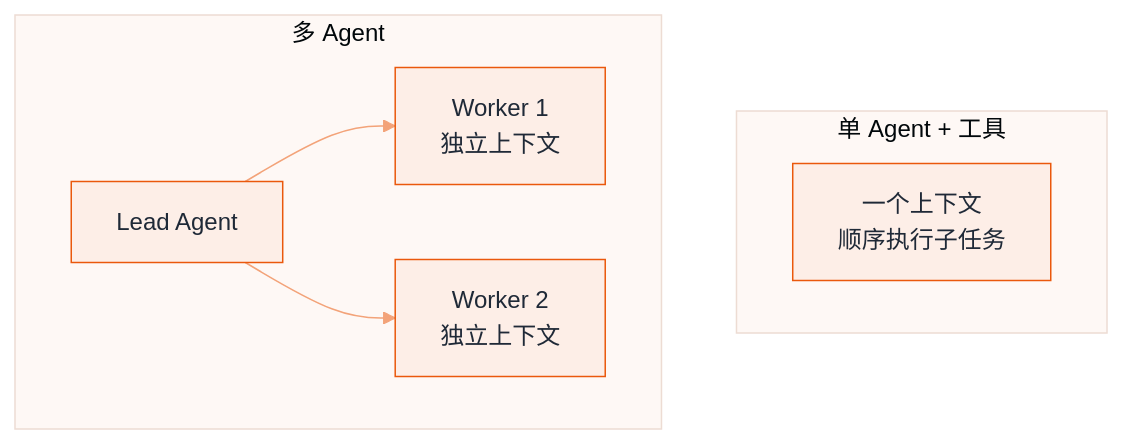
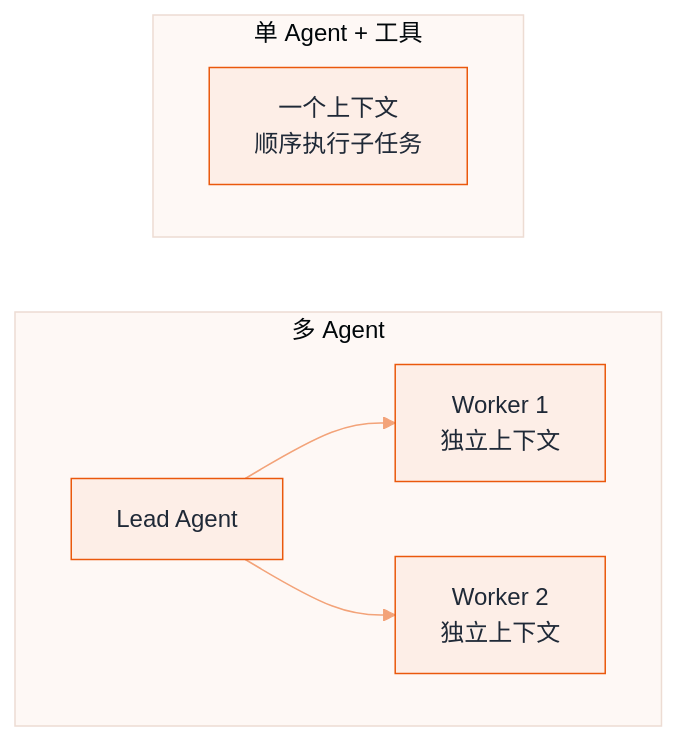
Before and after one commit to funny8kids/ai-agent-handbook: the diagram in docs/08-multi-agent/multi-agent-collaboration.md, drawn with Mermaid. The commit also changed other lines of this file and 4 other files, not shown here.

````diff
--- a/docs/08-multi-agent/multi-agent-collaboration.md
+++ b/docs/08-multi-agent/multi-agent-collaboration.md
@@ -70,11 +70,12 @@
 ```mermaid
 %%{init: {"theme":"base","themeVariables":{"primaryColor":"#FDEEE7","primaryBorderColor":"#EA580C","primaryTextColor":"#1F2937","secondaryColor":"#FADACA","tertiaryColor":"#FEF8F5","lineColor":"#F3A379","actorBkg":"#FDF2EC","actorBorder":"#EA580C","actorTextColor":"#1F2937","signalColor":"#F08A55","noteBkgColor":"#FBE1D3","noteBorderColor":"#EA580C","noteTextColor":"#1F2937","labelBoxBkgColor":"#FDEEE7","labelBoxBorderColor":"#EA580C"}}}%%
 flowchart TB
   subgraph 单Agent["单 Agent + 工具"]
     A1[一个上下文<br/>顺序执行子任务]
   end
   subgraph 多Agent["多 Agent"]
     B1[Lead Agent] --> B2[Worker 1<br/>独立上下文]
     B1 --> B3[Worker 2<br/>独立上下文]
   end
+  单Agent ~~~ 多Agent
 ```
````
